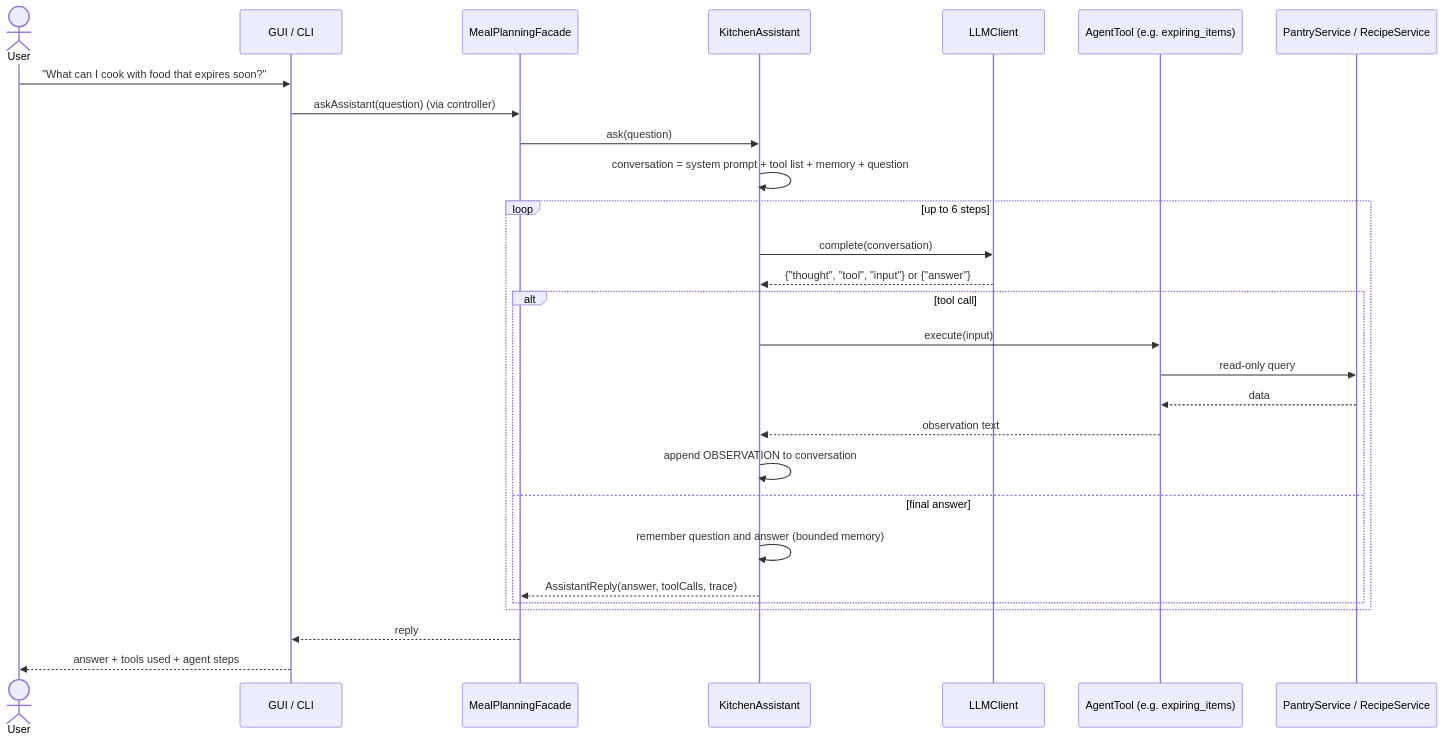
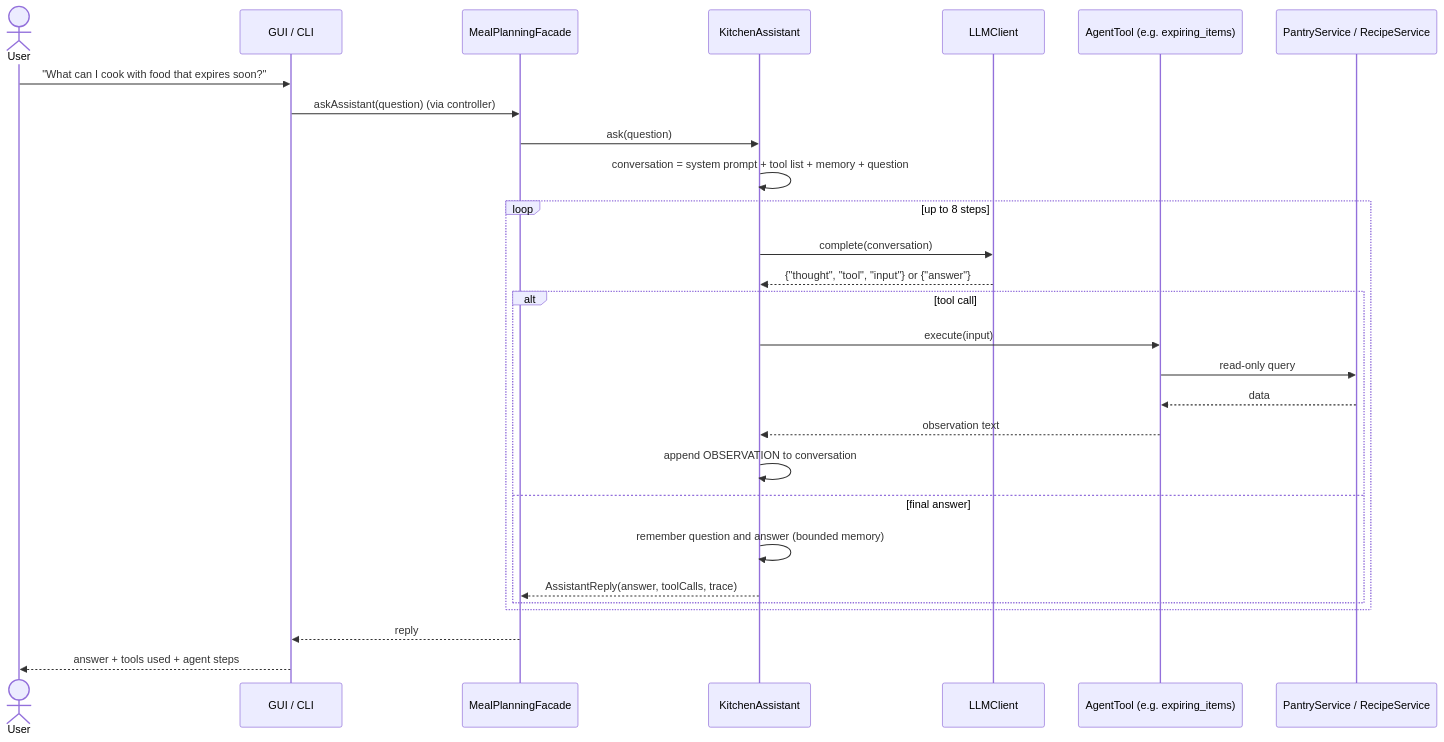
One commit to vaniaSam/eecs3311-course-project changed the diagram in docs/uml/sd06-kitchen-assistant.mmd. Above: the diagram before and after it, drawn with Mermaid. The commit also changed 8 other files, not shown here.

```diff
--- a/docs/uml/sd06-kitchen-assistant.mmd
+++ b/docs/uml/sd06-kitchen-assistant.mmd
@@ -1,28 +1,28 @@
 sequenceDiagram
     actor U as User
     participant V as GUI / CLI
     participant F as MealPlanningFacade
     participant K as KitchenAssistant
     participant L as LLMClient
     participant T as AgentTool (e.g. expiring_items)
     participant S as PantryService / RecipeService
     U->>V: "What can I cook with food that expires soon?"
     V->>F: askAssistant(question) (via controller)
     F->>K: ask(question)
     K->>K: conversation = system prompt + tool list + memory + question
-    loop up to 6 steps
+    loop up to 8 steps
         K->>L: complete(conversation)
         L-->>K: {"thought", "tool", "input"} or {"answer"}
         alt tool call
             K->>T: execute(input)
             T->>S: read-only query
             S-->>T: data
             T-->>K: observation text
             K->>K: append OBSERVATION to conversation
         else final answer
             K->>K: remember question and answer (bounded memory)
             K-->>F: AssistantReply(answer, toolCalls, trace)
         end
     end
     F-->>V: reply
     V-->>U: answer + tools used + agent steps
```
